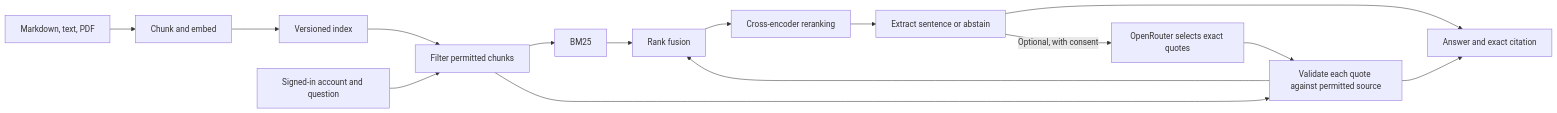
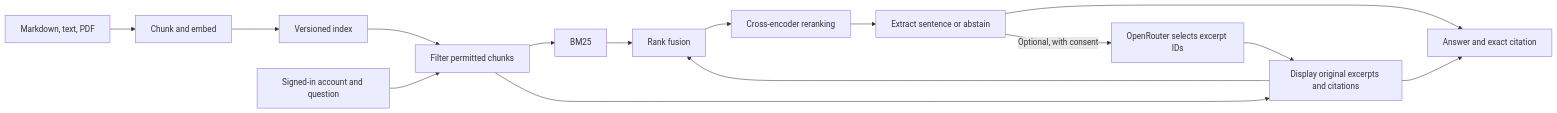
Before and after one commit to saidarshan20/GroundedDocs: the diagram in README.md, drawn with Mermaid. The commit also changed other lines of this file and 5 other files, not shown here.

Commit message:
Prevent empty OpenRouter answers

````diff
--- a/README.md
+++ b/README.md
@@ -46,17 +46,17 @@
 ```mermaid
 flowchart LR
     D[Markdown, text, PDF] --> I[Chunk and embed]
     I --> X[Versioned index]
     U[Signed-in account and question] --> A[Filter permitted chunks]
     X --> A
     A --> K[BM25]
     A --> V[Dense vectors]
     K --> F[Rank fusion]
     V --> F
     F --> R[Cross-encoder reranking]
     R --> E[Extract sentence or abstain]
     E --> C[Answer and exact citation]
-    E -->|Optional, with consent| O[OpenRouter selects exact quotes]
-    O --> V[Validate each quote against permitted source]
+    E -->|Optional, with consent| O[OpenRouter selects excerpt IDs]
+    O --> V[Display original excerpts and citations]
     V --> C
 ```
````
